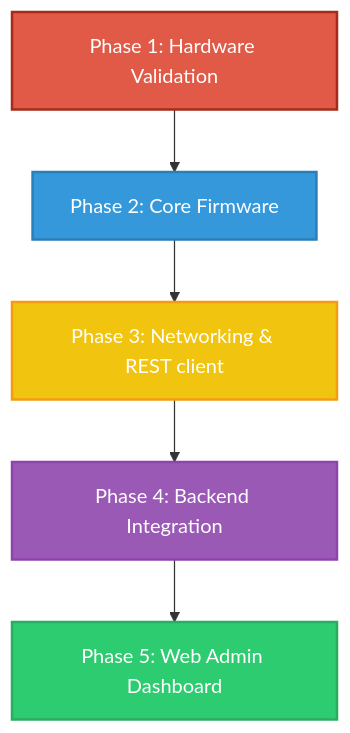
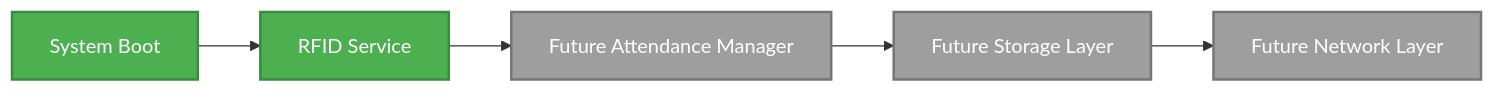
The diagram in README.md (Ayaan1911/ESP32-RFID-Attendance-System), drawn with Mermaid before and after one commit. The commit also changed other lines of this file and 3 other files, not shown here.

Commit message:
Refactor RFID card processing into service functions

````diff
--- a/README.md
+++ b/README.md
@@ -31,13 +47,13 @@
 ```mermaid
-graph TD
-    A[Phase 1: Hardware Validation] --> B[Phase 2: Core Firmware]
-    B --> C[Phase 3: Networking & REST client]
-    C --> D[Phase 4: Backend Integration]
-    D --> E[Phase 5: Web Admin Dashboard]
+graph LR
+    A[System Boot] --> B[RFID Service]
+    B --> C[Future Attendance Manager]
+    C --> D[Future Storage Layer]
+    D --> E[Future Network Layer]
 
-    style A fill:#e05a47,stroke:#a62b1b,stroke-width:2px,color:#fff
-    style B fill:#3498db,stroke:#2980b9,stroke-width:2px,color:#fff
-    style C fill:#f1c40f,stroke:#f39c12,stroke-width:2px,color:#fff
-    style D fill:#9b59b6,stroke:#8e44ad,stroke-width:2px,color:#fff
-    style E fill:#2ecc71,stroke:#27ae60,stroke-width:2px,color:#fff
+    style A fill:#4CAF50,stroke:#388E3C,stroke-width:2px,color:#fff
+    style B fill:#4CAF50,stroke:#388E3C,stroke-width:2px,color:#fff
+    style C fill:#9E9E9E,stroke:#757575,stroke-width:2px,color:#fff
+    style D fill:#9E9E9E,stroke:#757575,stroke-width:2px,color:#fff
+    style E fill:#9E9E9E,stroke:#757575,stroke-width:2px,color:#fff
 ```
````
